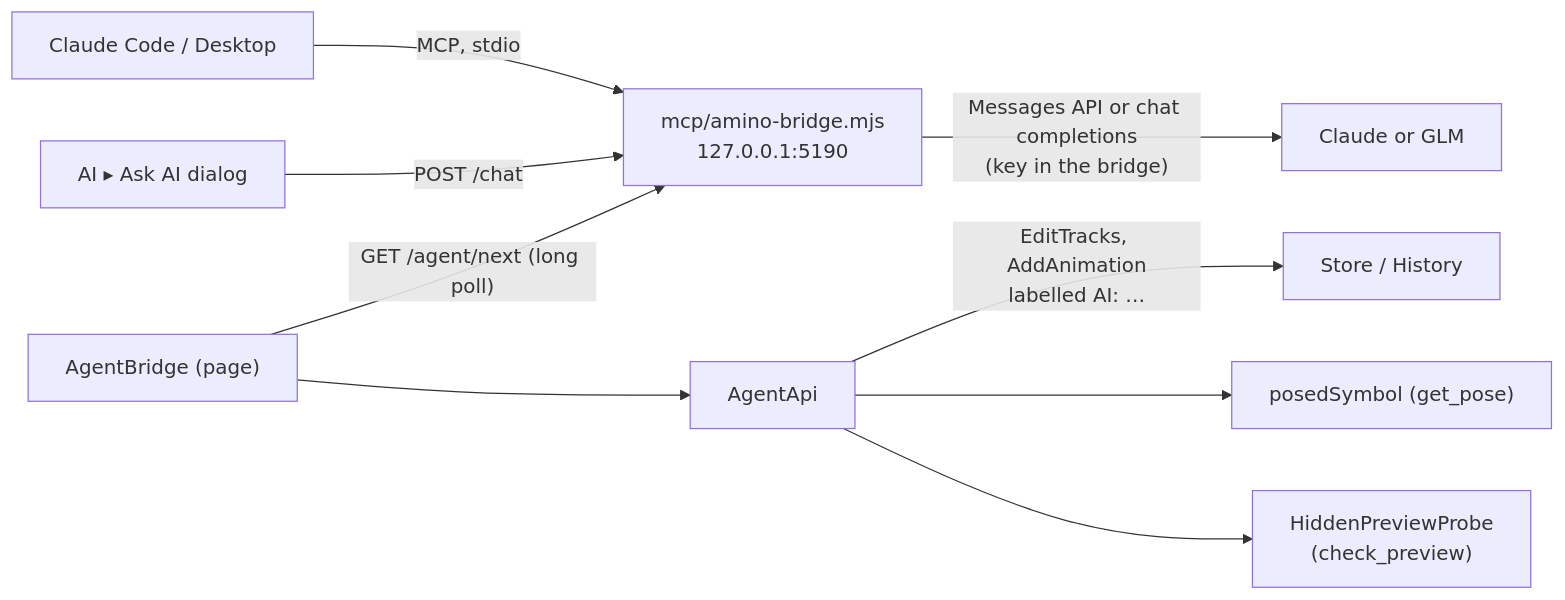
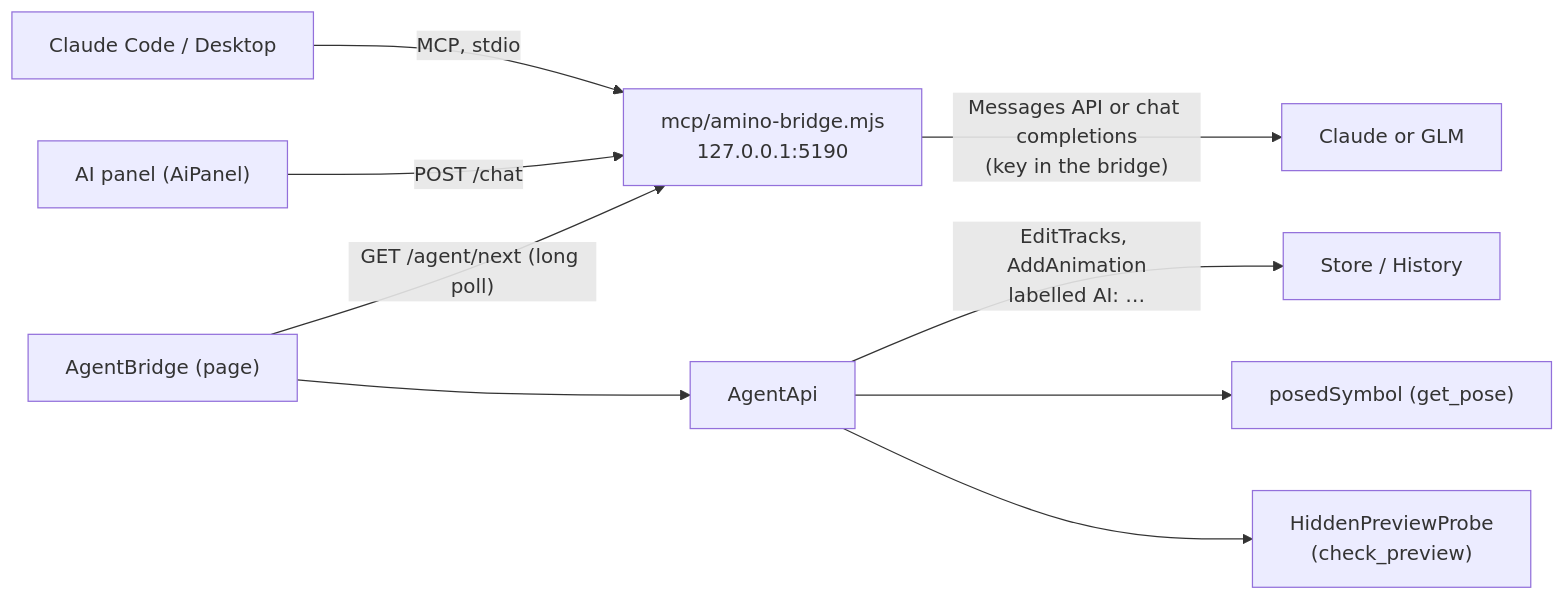
One commit to 12pnp/M0-Animation-2D changed the fifth of 6 diagrams in docs/ARCHITECTURE.md. Above: the diagram before and after it, drawn with Mermaid. The commit also changed other lines of this file and 14 other files, not shown here.

First line of the commit message:
Stage: wheel zoom, grid on, no white fill, stage settings; Ask AI as a side panel

````diff
--- a/docs/ARCHITECTURE.md
+++ b/docs/ARCHITECTURE.md
@@ -932,11 +932,11 @@
 ```mermaid
 flowchart LR
     CC["Claude Code / Desktop"] -->|"MCP, stdio"| BR["mcp/amino-bridge.mjs<br/>127.0.0.1:5190"]
-    ASK["AI ▸ Ask AI dialog"] -->|"POST /chat"| BR
+    ASK["AI panel (AiPanel)"] -->|"POST /chat"| BR
     BR -->|"Messages API or chat completions<br/>(key in the bridge)"| CL["Claude or GLM"]
     PAGE["AgentBridge (page)"] -->|"GET /agent/next (long poll)"| BR
     PAGE --> API["AgentApi"]
     API -->|"EditTracks, AddAnimation<br/>labelled AI: …"| ST["Store / History"]
     API --> POSE["posedSymbol (get_pose)"]
     API --> PROBE["HiddenPreviewProbe<br/>(check_preview)"]
 ```
````
